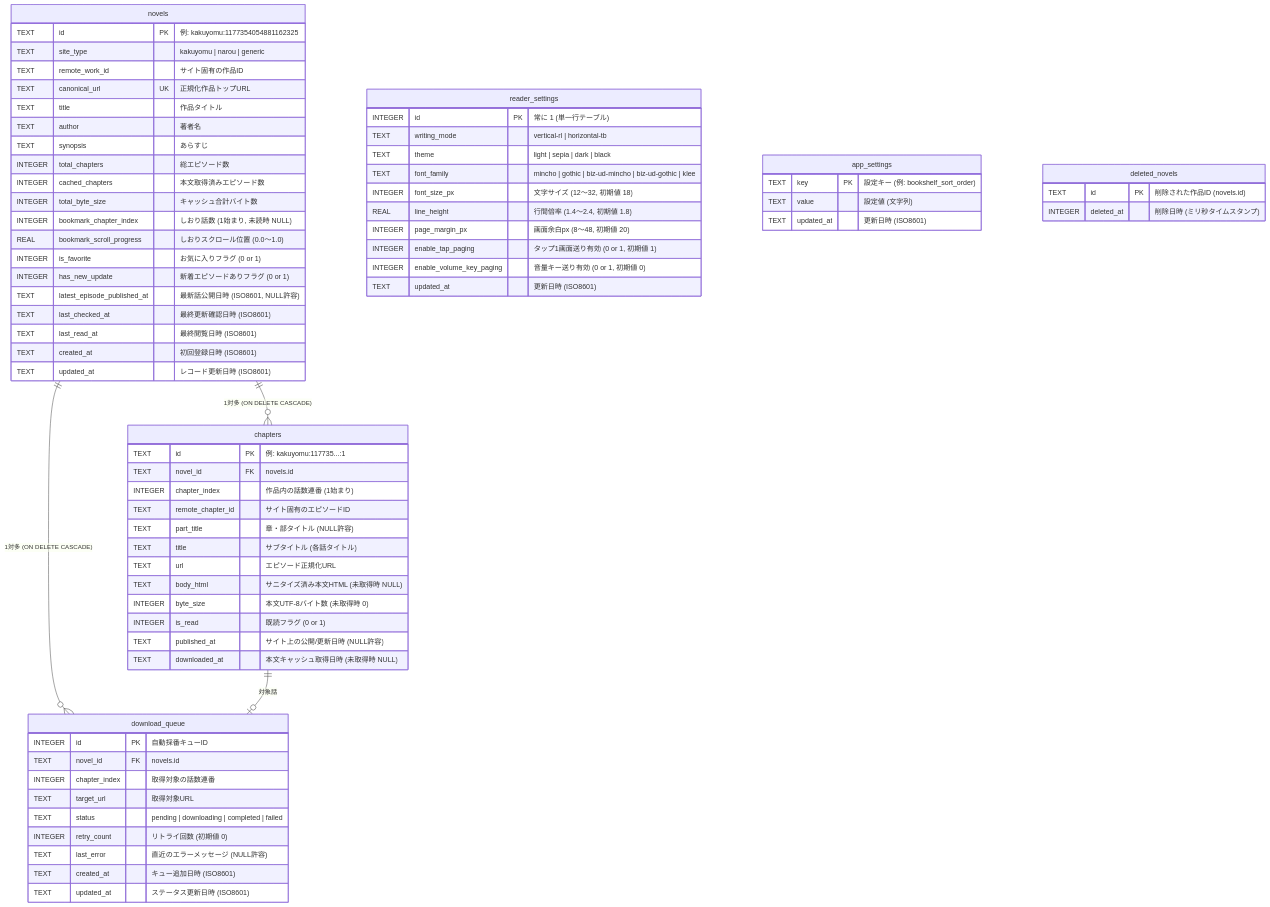
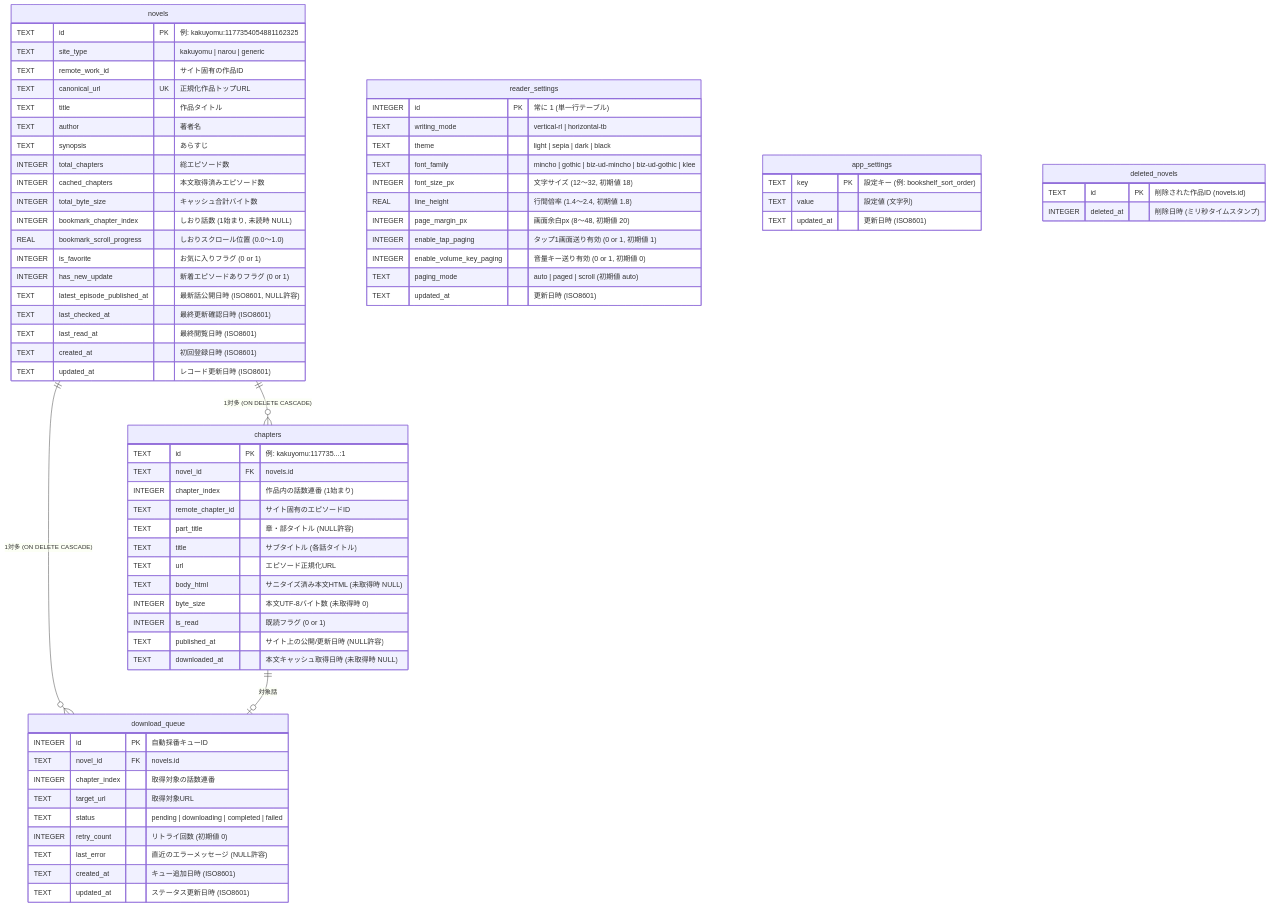
One commit to high-soar/Yommy changed the diagram in docs/specs/db-schema.md. Above: the diagram before and after it, drawn with Mermaid. The commit also changed 6 other files, not shown here.

Commit message:
docs(specs): PRレビュー指摘の反映（ReaderPageProps契約補完・ER図/アーキテクチャ同期）（Refs #122）

````diff
--- a/docs/specs/db-schema.md
+++ b/docs/specs/db-schema.md
@@ -56,79 +56,80 @@
 ```mermaid
 erDiagram
     novels ||--o{ chapters : "1対多 (ON DELETE CASCADE)"
     novels ||--o{ download_queue : "1対多 (ON DELETE CASCADE)"
     chapters ||--o| download_queue : "対象話"
 
     novels {
         TEXT id PK "例: kakuyomu:1177354054881162325"
         TEXT site_type "kakuyomu | narou | generic"
         TEXT remote_work_id "サイト固有の作品ID"
         TEXT canonical_url UK "正規化作品トップURL"
         TEXT title "作品タイトル"
         TEXT author "著者名"
         TEXT synopsis "あらすじ"
         INTEGER total_chapters "総エピソード数"
         INTEGER cached_chapters "本文取得済みエピソード数"
         INTEGER total_byte_size "キャッシュ合計バイト数"
         INTEGER bookmark_chapter_index "しおり話数 (1始まり, 未読時 NULL)"
         REAL bookmark_scroll_progress "しおりスクロール位置 (0.0〜1.0)"
         INTEGER is_favorite "お気に入りフラグ (0 or 1)"
         INTEGER has_new_update "新着エピソードありフラグ (0 or 1)"
         TEXT latest_episode_published_at "最新話公開日時 (ISO8601, NULL許容)"
         TEXT last_checked_at "最終更新確認日時 (ISO8601)"
         TEXT last_read_at "最終閲覧日時 (ISO8601)"
         TEXT created_at "初回登録日時 (ISO8601)"
         TEXT updated_at "レコード更新日時 (ISO8601)"
     }
 
     chapters {
         TEXT id PK "例: kakuyomu:117735...:1"
         TEXT novel_id FK "novels.id"
         INTEGER chapter_index "作品内の話数連番 (1始まり)"
         TEXT remote_chapter_id "サイト固有のエピソードID"
         TEXT part_title "章・部タイトル (NULL許容)"
         TEXT title "サブタイトル (各話タイトル)"
         TEXT url "エピソード正規化URL"
         TEXT body_html "サニタイズ済み本文HTML (未取得時 NULL)"
         INTEGER byte_size "本文UTF-8バイト数 (未取得時 0)"
         INTEGER is_read "既読フラグ (0 or 1)"
         TEXT published_at "サイト上の公開/更新日時 (NULL許容)"
         TEXT downloaded_at "本文キャッシュ取得日時 (未取得時 NULL)"
     }
 
     download_queue {
         INTEGER id PK "自動採番キューID"
         TEXT novel_id FK "novels.id"
         INTEGER chapter_index "取得対象の話数連番"
         TEXT target_url "取得対象URL"
         TEXT status "pending | downloading | completed | failed"
         INTEGER retry_count "リトライ回数 (初期値 0)"
         TEXT last_error "直近のエラーメッセージ (NULL許容)"
         TEXT created_at "キュー追加日時 (ISO8601)"
         TEXT updated_at "ステータス更新日時 (ISO8601)"
     }
 
     reader_settings {
         INTEGER id PK "常に 1 (単一行テーブル)"
         TEXT writing_mode "vertical-rl | horizontal-tb"
         TEXT theme "light | sepia | dark | black"
         TEXT font_family "mincho | gothic | biz-ud-mincho | biz-ud-gothic | klee"
         INTEGER font_size_px "文字サイズ (12〜32, 初期値 18)"
         REAL line_height "行間倍率 (1.4〜2.4, 初期値 1.8)"
         INTEGER page_margin_px "画面余白px (8〜48, 初期値 20)"
         INTEGER enable_tap_paging "タップ1画面送り有効 (0 or 1, 初期値 1)"
         INTEGER enable_volume_key_paging "音量キー送り有効 (0 or 1, 初期値 0)"
+        TEXT paging_mode "auto | paged | scroll (初期値 auto)"
         TEXT updated_at "更新日時 (ISO8601)"
     }
 
     app_settings {
         TEXT key PK "設定キー (例: bookshelf_sort_order)"
         TEXT value "設定値 (文字列)"
         TEXT updated_at "更新日時 (ISO8601)"
     }
 
     deleted_novels {
         TEXT id PK "削除された作品ID (novels.id)"
         INTEGER deleted_at "削除日時 (ミリ秒タイムスタンプ)"
     }
 ```
````
